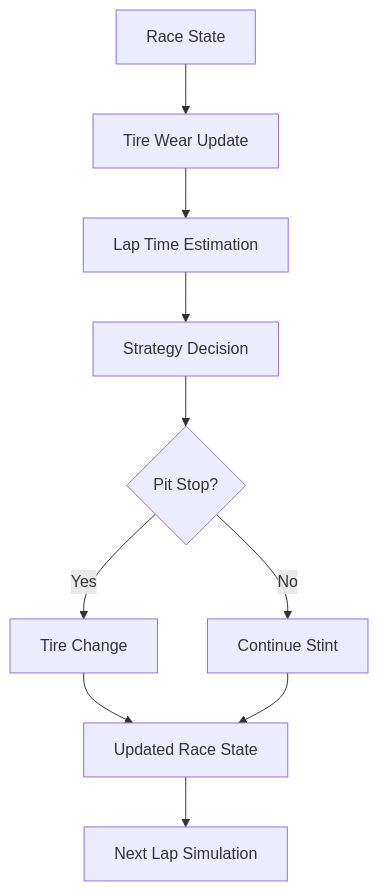
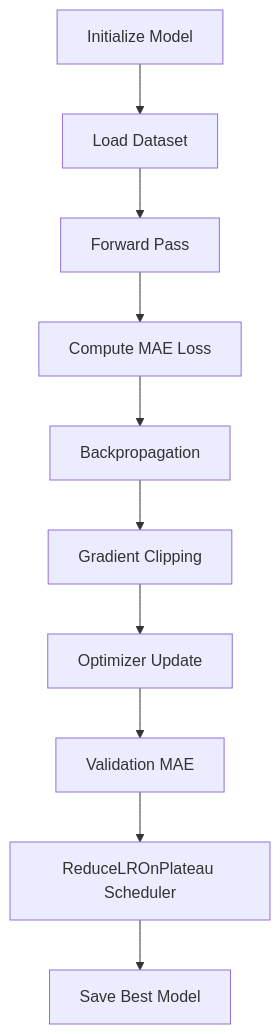
The tenth of 11 diagrams in README.md (start-again-06/Predicting_F1_Pit_Stops), drawn with Mermaid before and after one commit. The commit also changed other lines of this file, not shown here.

````diff
--- a/README.md
+++ b/README.md
@@ -252,21 +515,21 @@
 ```mermaid
 flowchart TD
 
-A[Race State] --> B[Tire Wear Update]
+A[Initialize Model] --> B[Load Dataset]
 
-B --> C[Lap Time Estimation]
+B --> C[Forward Pass]
 
-C --> D[Strategy Decision]
+C --> D[Compute MAE Loss]
 
-D --> E{Pit Stop?}
+D --> E[Backpropagation]
 
-E -->|Yes| F[Tire Change]
+E --> F[Gradient Clipping]
 
-E -->|No| G[Continue Stint]
+F --> G[Optimizer Update]
 
-F --> H[Updated Race State]
+G --> H[Validation MAE]
 
-G --> H
+H --> I[ReduceLROnPlateau Scheduler]
 
-H --> I[Next Lap Simulation]
+I --> J[Save Best Model]
 ```
````
